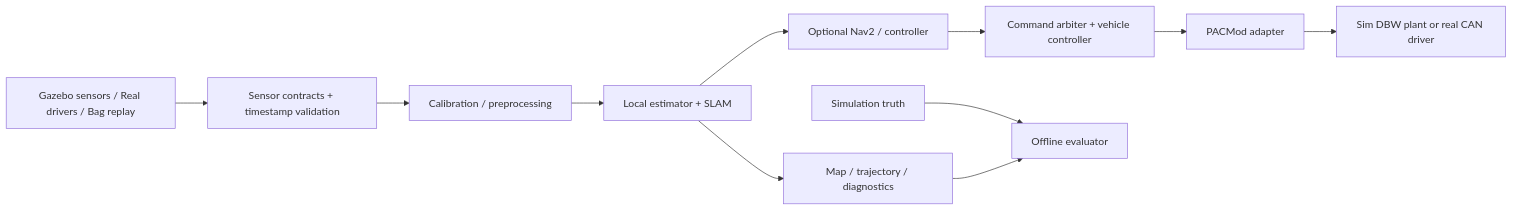
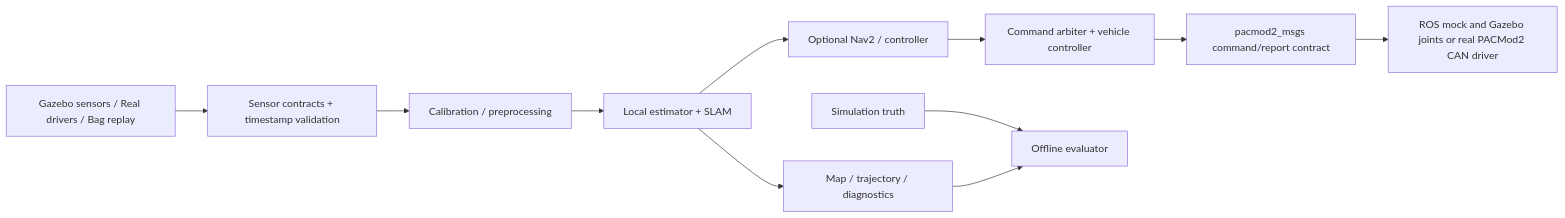
One commit to linarthurlin/agile_slam changed the diagram in docs/plans/implementation_plan.md. Above: the diagram before and after it, drawn with Mermaid. The commit also changed other lines of this file and 28 other files, not shown here.

````diff
--- a/docs/plans/implementation_plan.md
+++ b/docs/plans/implementation_plan.md
@@ -43,13 +45,13 @@
 ```mermaid
 flowchart LR
   A[Gazebo sensors / Real drivers / Bag replay] --> B[Sensor contracts + timestamp validation]
   B --> C[Calibration / preprocessing]
   C --> D[Local estimator + SLAM]
   D --> E[Map / trajectory / diagnostics]
   D --> N[Optional Nav2 / controller]
   N --> V[Command arbiter + vehicle controller]
-  V --> P[PACMod adapter]
-  P --> S[Sim DBW plant or real CAN driver]
+  V --> P[pacmod2_msgs command/report contract]
+  P --> S[ROS mock and Gazebo joints or real PACMod2 CAN driver]
   G[Simulation truth] --> Q[Offline evaluator]
   E --> Q
 ```
````
